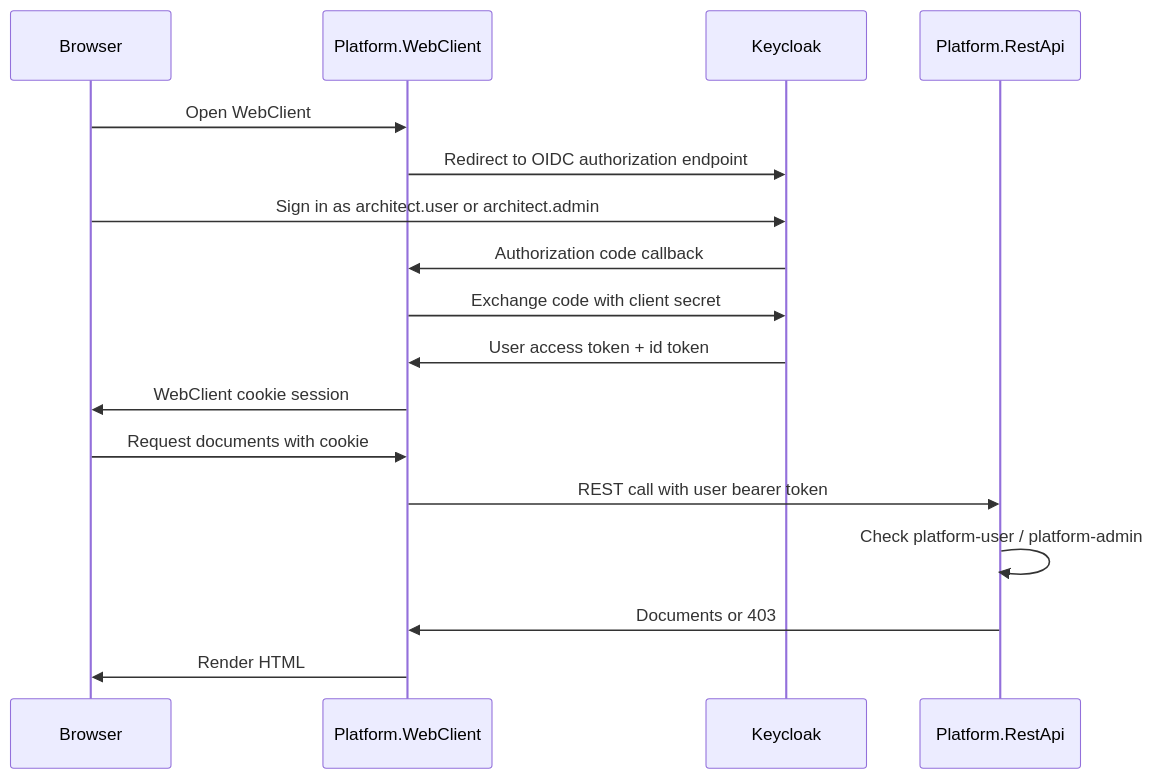
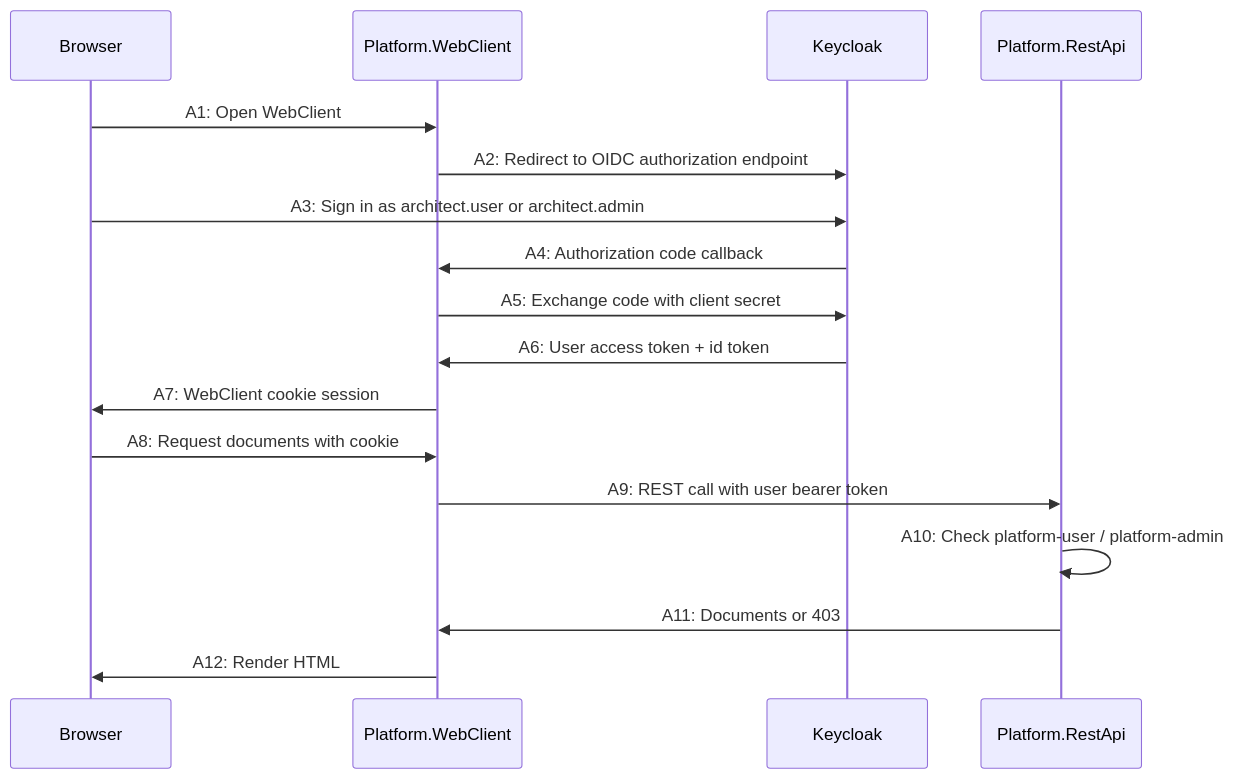
Before and after one commit to haoyucheng369-gif/DocuwareArchitect: the second of 3 diagrams in README.md, drawn with Mermaid. The commit also changed other lines of this file, not shown here.

Commit message:
Clarify README architecture flow labels

````diff
--- a/README.md
+++ b/README.md
@@ -50,20 +63,20 @@
 ```mermaid
 sequenceDiagram
     participant B as Browser
     participant W as Platform.WebClient
     participant I as Keycloak
     participant R as Platform.RestApi
 
-    B->>W: Open WebClient
-    W->>I: Redirect to OIDC authorization endpoint
-    B->>I: Sign in as architect.user or architect.admin
-    I->>W: Authorization code callback
-    W->>I: Exchange code with client secret
-    I->>W: User access token + id token
-    W->>B: WebClient cookie session
-    B->>W: Request documents with cookie
-    W->>R: REST call with user bearer token
-    R->>R: Check platform-user / platform-admin
-    R->>W: Documents or 403
-    W->>B: Render HTML
+    B->>W: A1: Open WebClient
+    W->>I: A2: Redirect to OIDC authorization endpoint
+    B->>I: A3: Sign in as architect.user or architect.admin
+    I->>W: A4: Authorization code callback
+    W->>I: A5: Exchange code with client secret
+    I->>W: A6: User access token + id token
+    W->>B: A7: WebClient cookie session
+    B->>W: A8: Request documents with cookie
+    W->>R: A9: REST call with user bearer token
+    R->>R: A10: Check platform-user / platform-admin
+    R->>W: A11: Documents or 403
+    W->>B: A12: Render HTML
 ```
````
